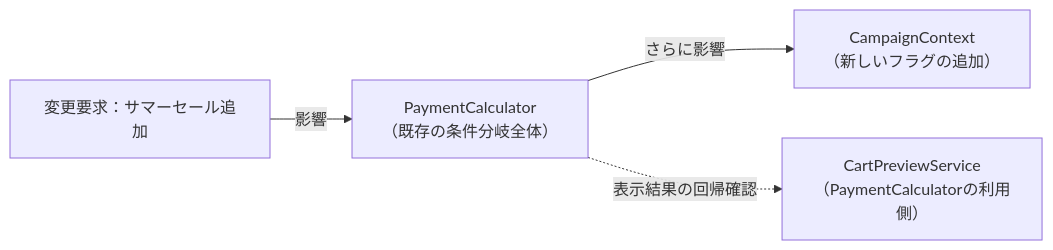
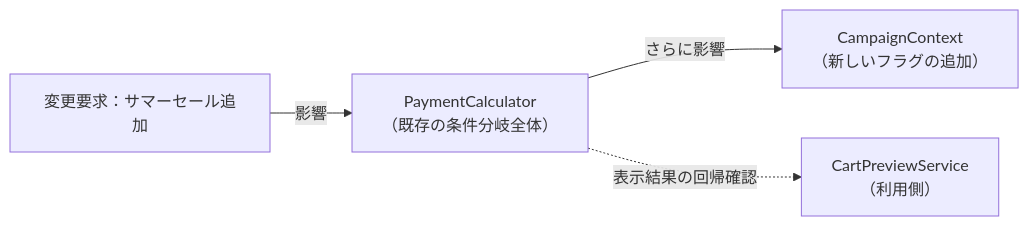
The second of 5 diagrams in kindle/design-patterns/output/chapter01.md (kumachan1101-pixel/DesignPattern), drawn with Mermaid before and after one commit. The commit also changed other lines of this file and 14 other files, not shown here.

````diff
--- a/kindle/design-patterns/output/chapter01.md
+++ b/kindle/design-patterns/output/chapter01.md
@@ -432,6 +438,7 @@
 ```mermaid
 graph LR
-    T1["変更要求：サマーセール追加"] -->|影響| A["PaymentCalculator<br>（既存の条件分岐全体）"]
+    T1["変更要求：サマーセール追加"]
+        -->|影響| A["PaymentCalculator<br>（既存の条件分岐全体）"]
     A -->|さらに影響| B["CampaignContext<br>（新しいフラグの追加）"]
-    A -.->|表示結果の回帰確認| C["CartPreviewService<br>（PaymentCalculatorの利用側）"]
+    A -.->|表示結果の回帰確認| C["CartPreviewService<br>（利用側）"]
 ```
````
